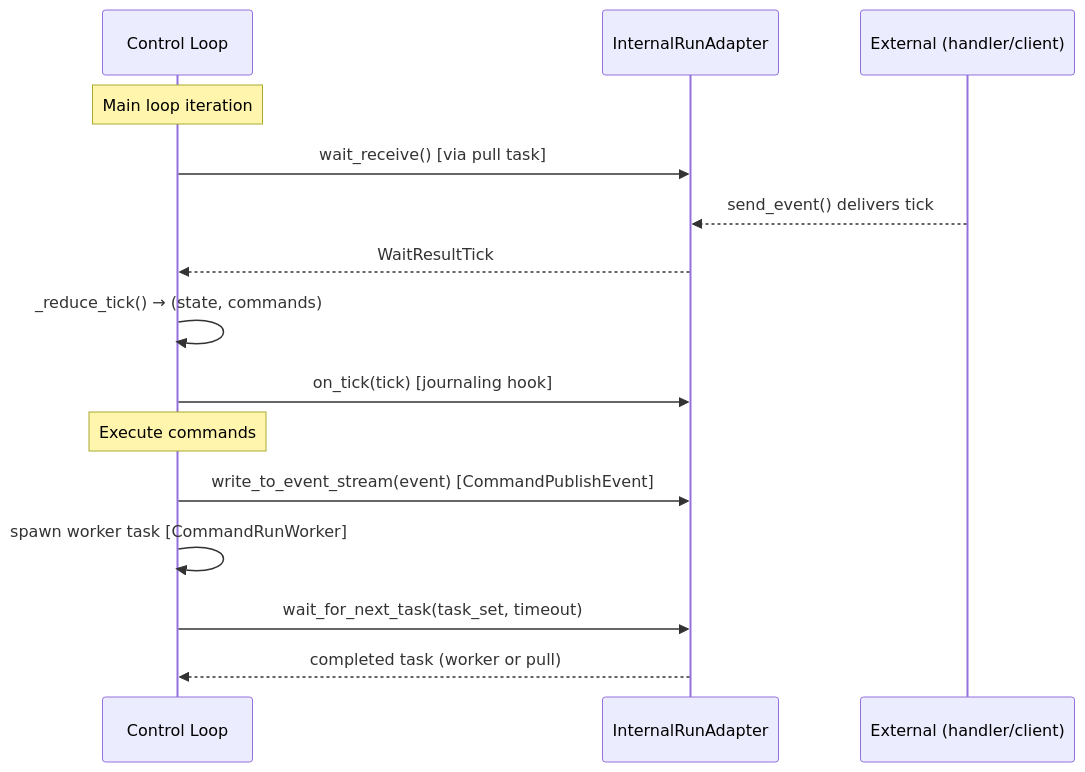
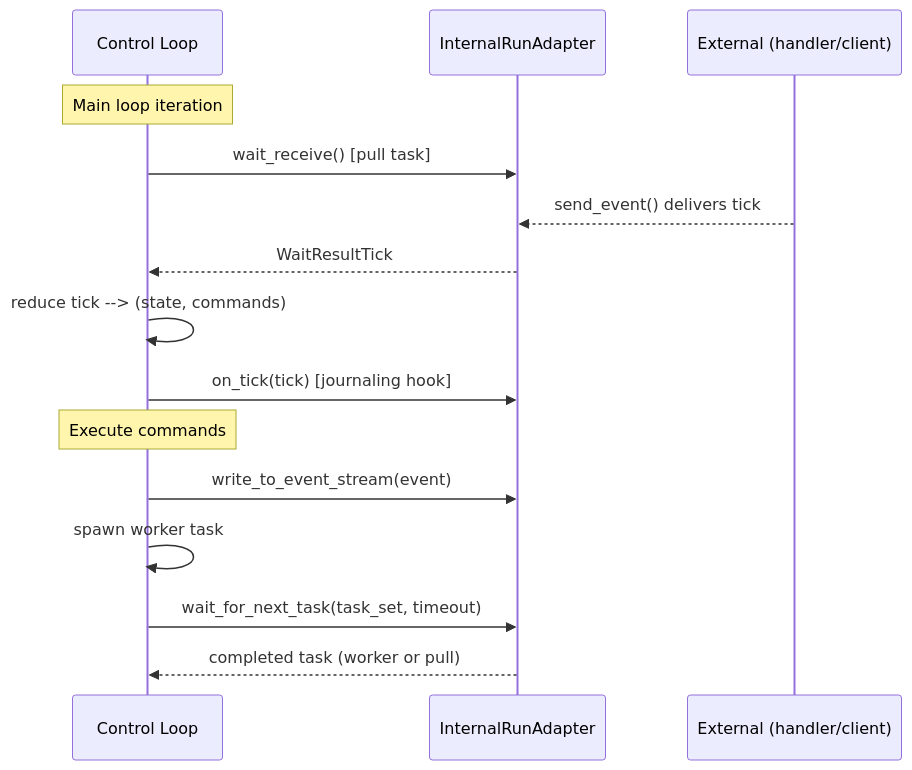
One commit to run-llama/workflows-py changed the second of 2 diagrams in architecture-docs/control-loop.md. Above: the diagram before and after it, drawn with Mermaid. The commit also changed other lines of this file and 1 other file, not shown here.

````diff
--- a/architecture-docs/control-loop.md
+++ b/architecture-docs/control-loop.md
@@ -76,21 +62,21 @@
 ```mermaid
 sequenceDiagram
     participant CL as Control Loop
     participant A as InternalRunAdapter
     participant Ext as External (handler/client)
 
     Note over CL: Main loop iteration
-    CL->>A: wait_receive() [via pull task]
+    CL->>A: wait_receive() [pull task]
     Ext-->>A: send_event() delivers tick
     A-->>CL: WaitResultTick
 
-    CL->>CL: _reduce_tick() → (state, commands)
+    CL->>CL: reduce tick --> (state, commands)
     CL->>A: on_tick(tick) [journaling hook]
 
     Note over CL: Execute commands
-    CL->>A: write_to_event_stream(event) [CommandPublishEvent]
-    CL->>CL: spawn worker task [CommandRunWorker]
+    CL->>A: write_to_event_stream(event)
+    CL->>CL: spawn worker task
 
     CL->>A: wait_for_next_task(task_set, timeout)
     A-->>CL: completed task (worker or pull)
 ```
````
